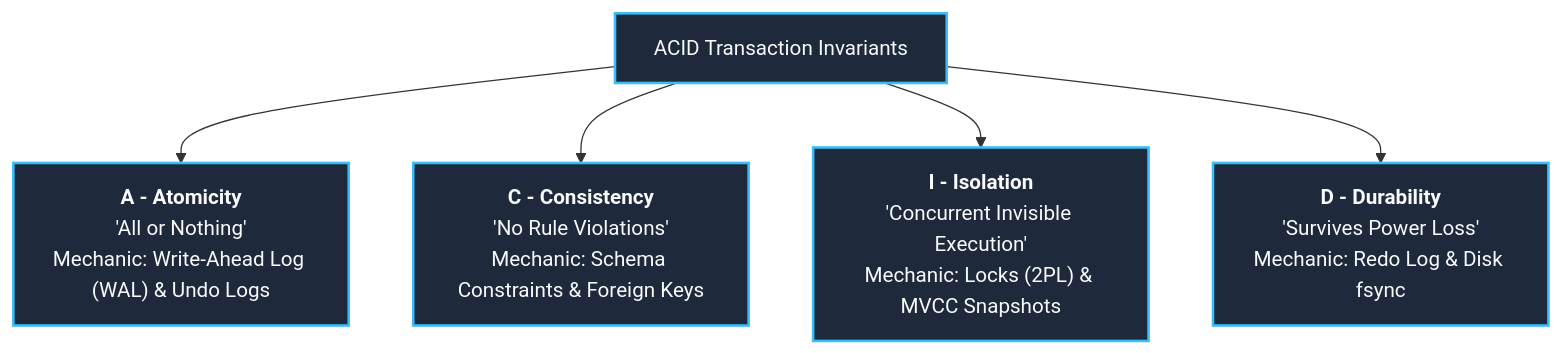
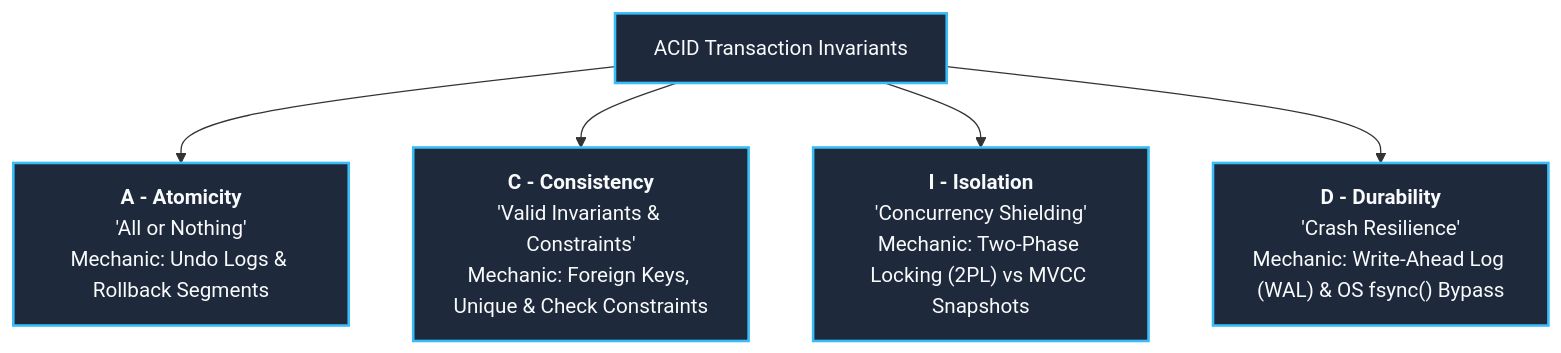
The third of 5 diagrams in Skills_Output/query/003_dcl_tcl_acid_properties_internals.md (AkmKawser/Database-Management-System), drawn with Mermaid before and after one commit. The commit also changed other lines of this file and 2 other files, not shown here.

Commit message:
Remake query 003: DCL, TCL & ACID combining withBara and withNasser storage internals

````diff
--- a/Skills_Output/query/003_dcl_tcl_acid_properties_internals.md
+++ b/Skills_Output/query/003_dcl_tcl_acid_properties_internals.md
@@ -135,12 +132,12 @@
 ```mermaid
 flowchart TD
     ACID[ACID Transaction Invariants]
     
-    ACID --> A["<b>A - Atomicity</b><br/>'All or Nothing'<br/>Mechanic: Write-Ahead Log (WAL) & Undo Logs"]
-    ACID --> C["<b>C - Consistency</b><br/>'No Rule Violations'<br/>Mechanic: Schema Constraints & Foreign Keys"]
-    ACID --> I["<b>I - Isolation</b><br/>'Concurrent Invisible Execution'<br/>Mechanic: Locks (2PL) & MVCC Snapshots"]
-    ACID --> D["<b>D - Durability</b><br/>'Survives Power Loss'<br/>Mechanic: Redo Log & Disk fsync"]
+    ACID --> A["<b>A - Atomicity</b><br/>'All or Nothing'<br/>Mechanic: Undo Logs & Rollback Segments"]
+    ACID --> C["<b>C - Consistency</b><br/>'Valid Invariants & Constraints'<br/>Mechanic: Foreign Keys, Unique & Check Constraints"]
+    ACID --> I["<b>I - Isolation</b><br/>'Concurrency Shielding'<br/>Mechanic: Two-Phase Locking (2PL) vs MVCC Snapshots"]
+    ACID --> D["<b>D - Durability</b><br/>'Crash Resilience'<br/>Mechanic: Write-Ahead Log (WAL) & OS fsync() Bypass"]
 
     classDef stage fill:#1e293b,stroke:#38bdf8,stroke-width:2px,color:#f8fafc;
     class ACID,A,C,I,D stage;
 ```
````
